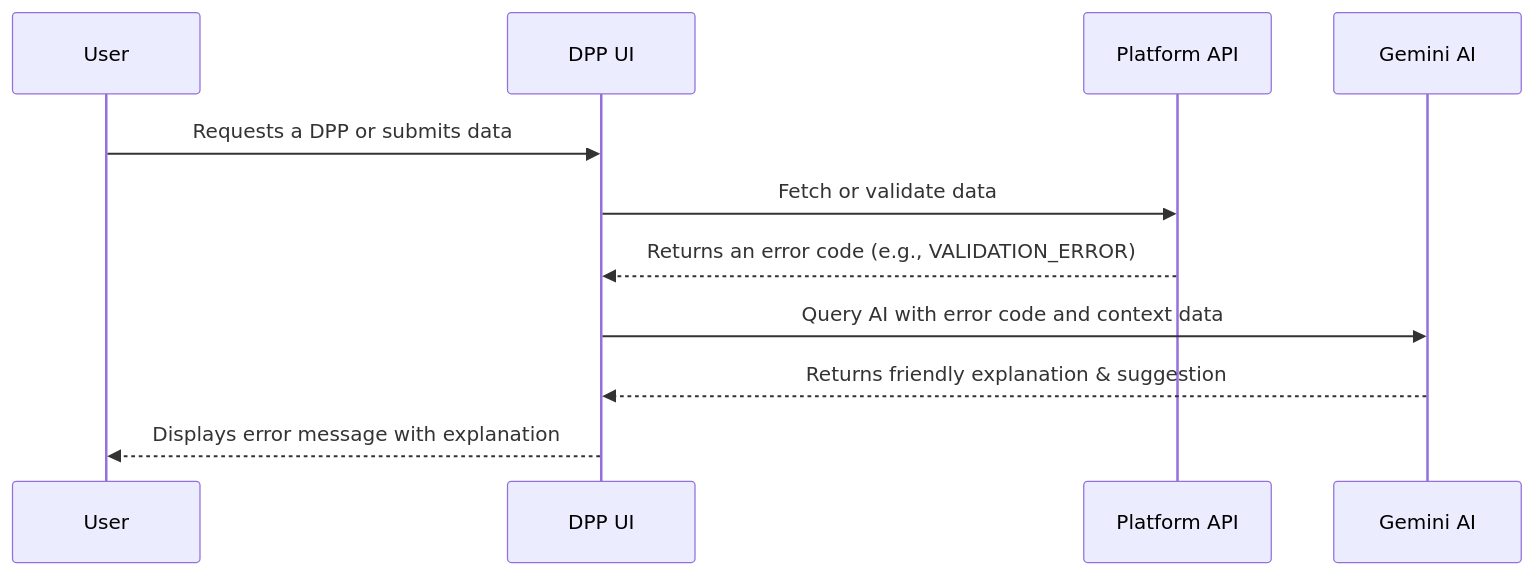
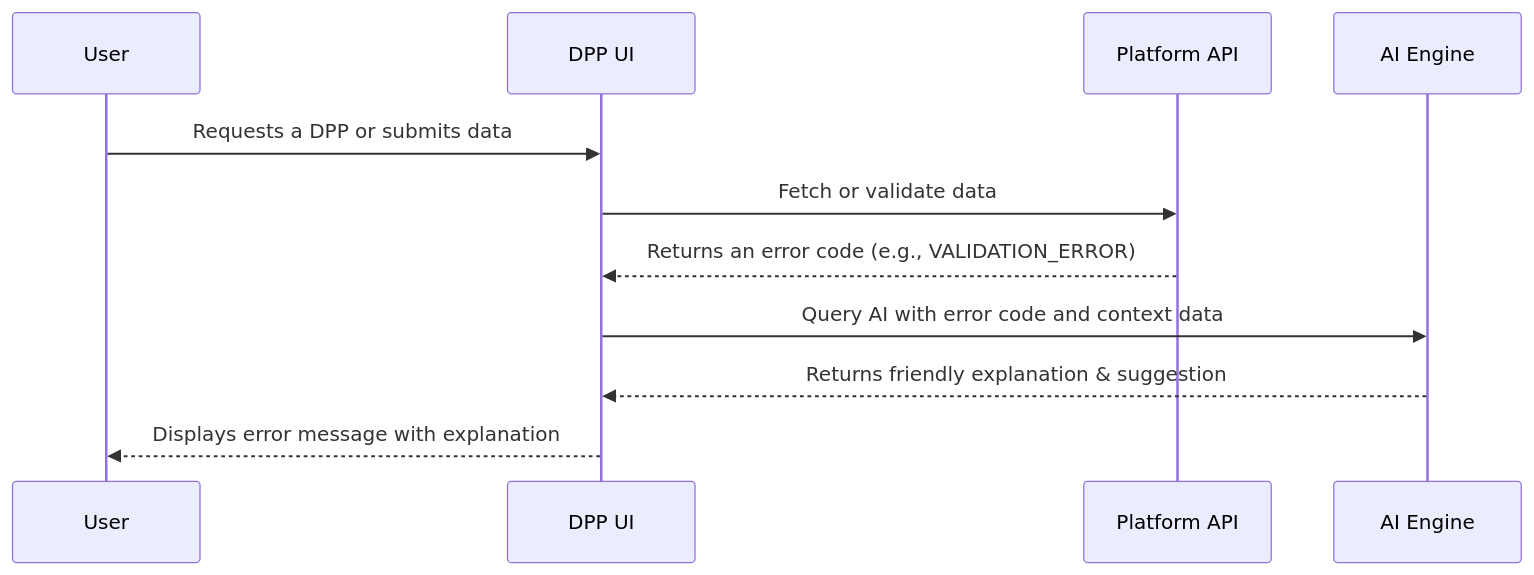
The diagram in src/docs/dpp-methodology.md (lucasnorruva/ENTv4), drawn with Mermaid before and after one commit. The commit also changed other lines of this file and 3 other files, not shown here.

````diff
--- a/src/docs/dpp-methodology.md
+++ b/src/docs/dpp-methodology.md
@@ -45,13 +46,13 @@
 ```mermaid
 sequenceDiagram
     participant U as User
     participant UI as DPP UI
     participant API as Platform API
-    participant AI as Gemini AI
+    participant AI as AI Engine
     U->>UI: Requests a DPP or submits data
     UI->>API: Fetch or validate data
     API-->>UI: Returns an error code (e.g., VALIDATION_ERROR)
     UI->>AI: Query AI with error code and context data
     AI-->>UI: Returns friendly explanation & suggestion
     UI-->>U: Displays error message with explanation
 ```
````
